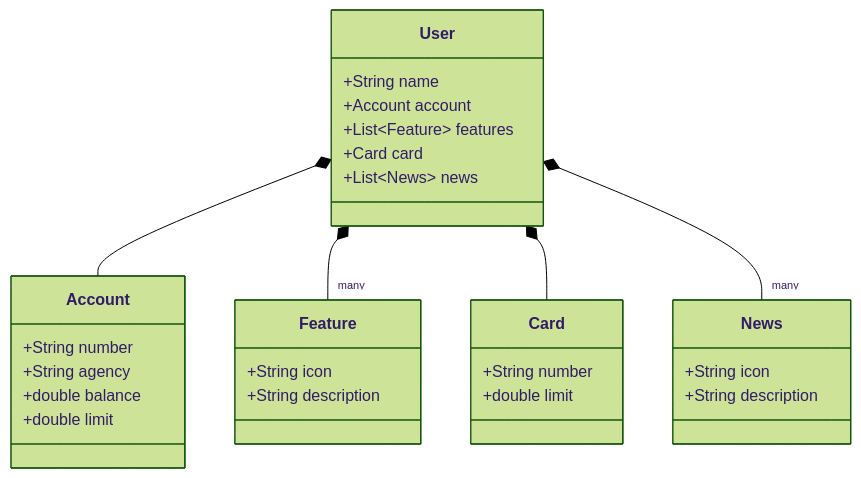
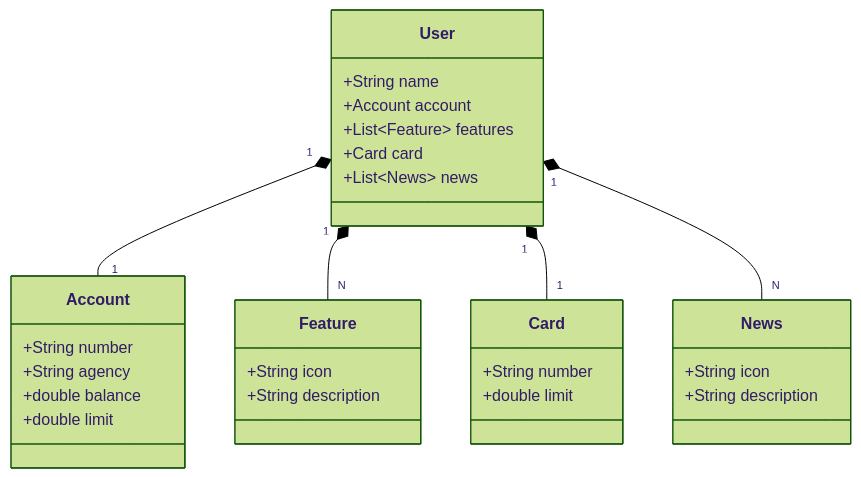
Before and after one commit to calebewerneckcouto/Santander-dev-week2025: the diagram in README.md, drawn with Mermaid (forest theme).

````diff
--- a/README.md
+++ b/README.md
@@ -5,38 +5,38 @@
 ```mermaid
 classDiagram
     class User {
         +String name
         +Account account
         +List~Feature~ features
         +Card card
         +List~News~ news
     }
 
     class Account {
         +String number
         +String agency
         +double balance
         +double limit
     }
 
     class Feature {
         +String icon
         +String description
     }
 
     class Card {
         +String number
         +double limit
     }
 
     class News {
         +String icon
         +String description
     }
 
-    User *-- Account
-    User *-- "many" Feature
-    User *-- Card
-    User *-- "many" News
+    User "1" *-- "1" Account
+    User "1" *-- "N" Feature
+    User "1" *-- "1" Card
+    User "1" *-- "N" News
 
 ```
````
